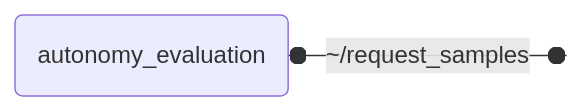
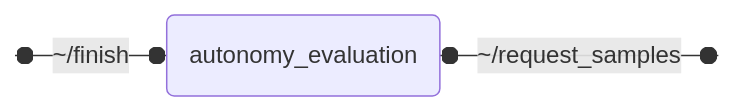
Before and after one commit to thinking-cars/autonomy_evaluation: the diagram in autonomy_evaluation/README.md, drawn with Mermaid. The commit also changed other lines of this file and 3 other files, not shown here.

````diff
--- a/autonomy_evaluation/README.md
+++ b/autonomy_evaluation/README.md
@@ -64,6 +64,7 @@
 ```mermaid
 flowchart LR
     NODE("autonomy_evaluation")
     NODE o--o|~/request_samples| SC0:::hidden
+    SV0:::hidden o--o|~/finish| NODE
     classDef hidden display: none;
 ```
````
